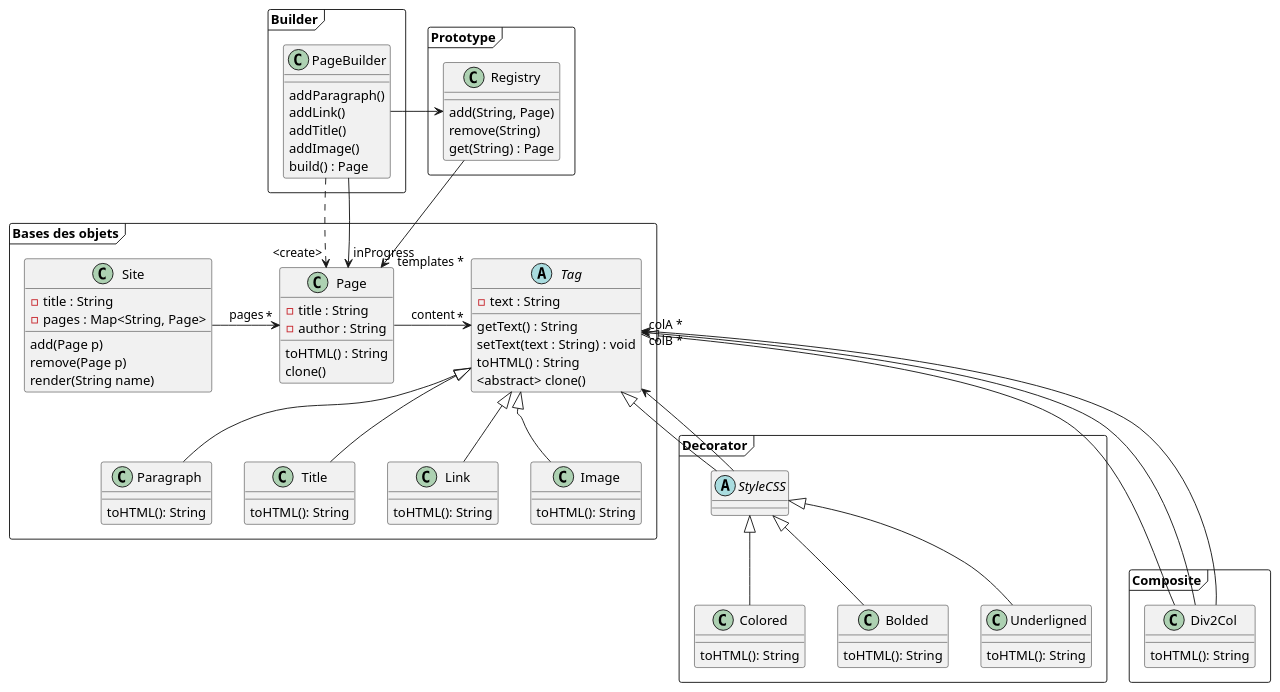
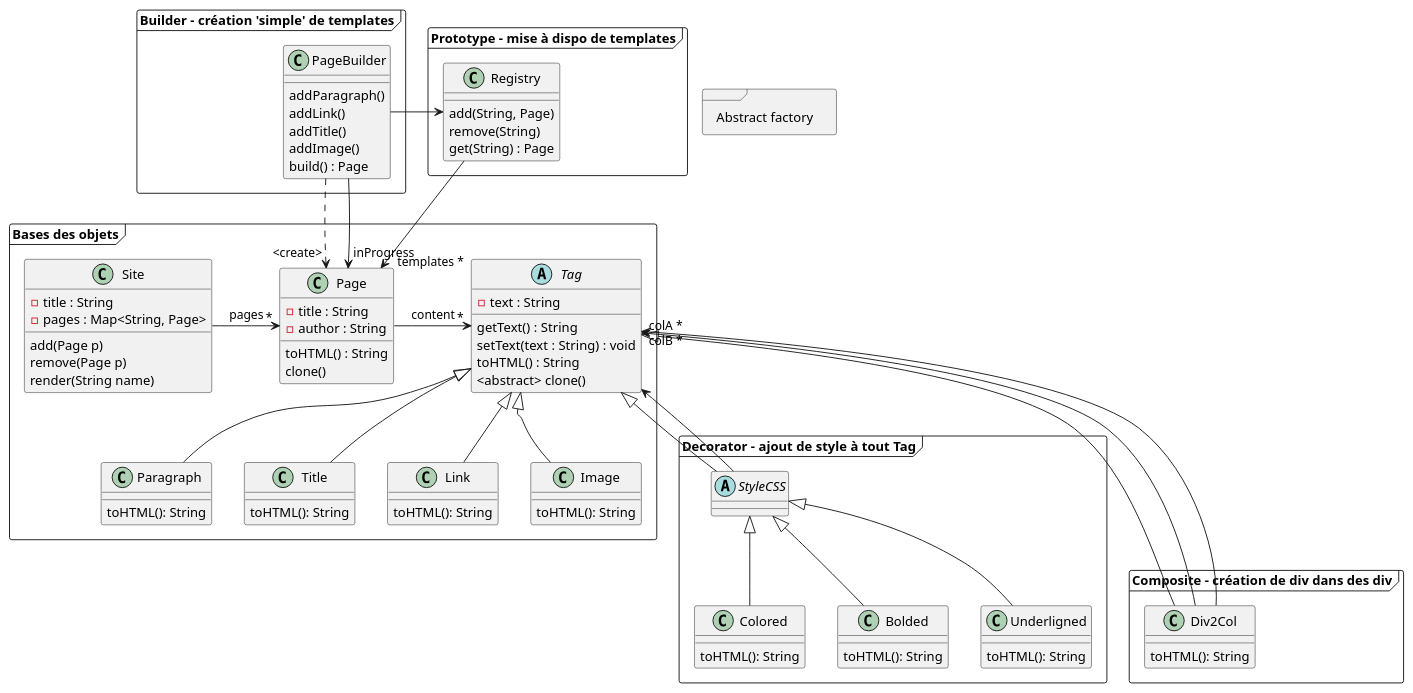
One commit to florentBourgeois/ENSISA2022_CMS changed the diagram in Documentation/CMS_UML.puml. Above: the diagram before and after it, drawn with PlantUML.

Commit message:
maj pattern role description

```diff
--- a/Documentation/CMS_UML.puml
+++ b/Documentation/CMS_UML.puml
@@ -1,101 +1,106 @@
 @startuml
 'https://plantuml.com/class-diagram
 
 
 package "Bases des objets" <<Frame>> {
 
     class Page {
         -title : String
         -author : String
         toHTML() : String
     }
 
     abstract class Tag {
         - text : String
         getText() : String
         setText(text : String) : void
         toHTML() : String
     }
 
     Tag <|-- Paragraph
     Tag <|-- Title
     Tag <|-- Link
     Tag <|-- Image
 
     Page -> "*" Tag : content
     Site -> "*" Page : pages
 
     class Site {
         -title : String
         -pages : Map<String, Page>
         add(Page p)
         remove(Page p)
         render(String name)
     }
 
     Image : toHTML(): String
     Link : toHTML(): String
     Title : toHTML(): String
     Paragraph : toHTML(): String
 
 }
 
-package "Composite" <<Frame>> {
+package "Composite - création de div dans des div" <<Frame>> {
 
     class Div2Col {
 
     }
 
     Tag <|--- Div2Col
     Tag "colA *" <-- Div2Col
     Tag "colB *" <-- Div2Col
 
     Div2Col : toHTML(): String
 
 }
 
-package "Decorator" <<Frame>> {
+package "Decorator - ajout de style à tout Tag" <<Frame>> {
 
     abstract class StyleCSS
     Tag <|-- StyleCSS
     Tag <-- StyleCSS
 
     StyleCSS <|-- Colored
     StyleCSS <|-- Bolded
     StyleCSS <|-- Underligned
 
     Underligned : toHTML(): String
     Bolded : toHTML(): String
     Colored : toHTML(): String
 
 }
 
 
-package "Prototype" <<Frame>> {
+package "Prototype - mise à dispo de templates" <<Frame>> {
     Page : clone()
 
     Registry --> "templates *" Page
     class Registry {
         add(String, Page)
         remove(String)
         get(String) : Page
     }
 
     Tag : <abstract> clone()
 }
 
-package "Builder" <<Frame>> {
+package "Builder - création 'simple' de templates" <<Frame>> {
       class PageBuilder {
         addParagraph()
         addLink()
         addTitle()
         addImage()
         build() : Page
       }
 
       PageBuilder ..> "<create>" Page
       PageBuilder -> Registry
       PageBuilder -> "inProgress" Page
 }
 
+
+package "Abstract factory" <<Frame>> {
+
+}
+
 @enduml
```
